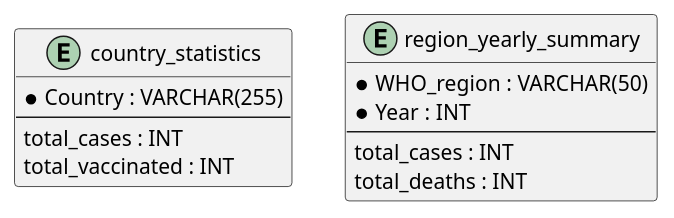
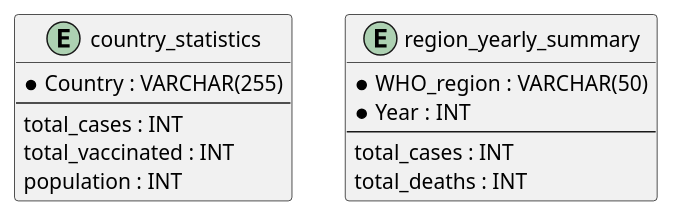
One commit to MSPRs-2024-2025-EPSI-B3-FS-C2-Gx/MSPR2-Back changed the diagram in app/sql/mcd.puml. Above: the diagram before and after it, drawn with PlantUML. The commit also changed 1 other file, not shown here.

Commit message:
added population

```diff
--- a/app/sql/mcd.puml
+++ b/app/sql/mcd.puml
@@ -1,19 +1,20 @@
 @startuml
 ' Définition de la table country_statistics
 entity "country_statistics" as cs {
   * Country : VARCHAR(255)
   --
   total_cases : INT
   total_vaccinated : INT
+  population : INT
 }
 
 ' Définition de la table region_yearly_summary
 entity "region_yearly_summary" as rys {
   * WHO_region : VARCHAR(50)
   * Year : INT
   --
   total_cases : INT
   total_deaths : INT
 }
 
 @enduml
```
